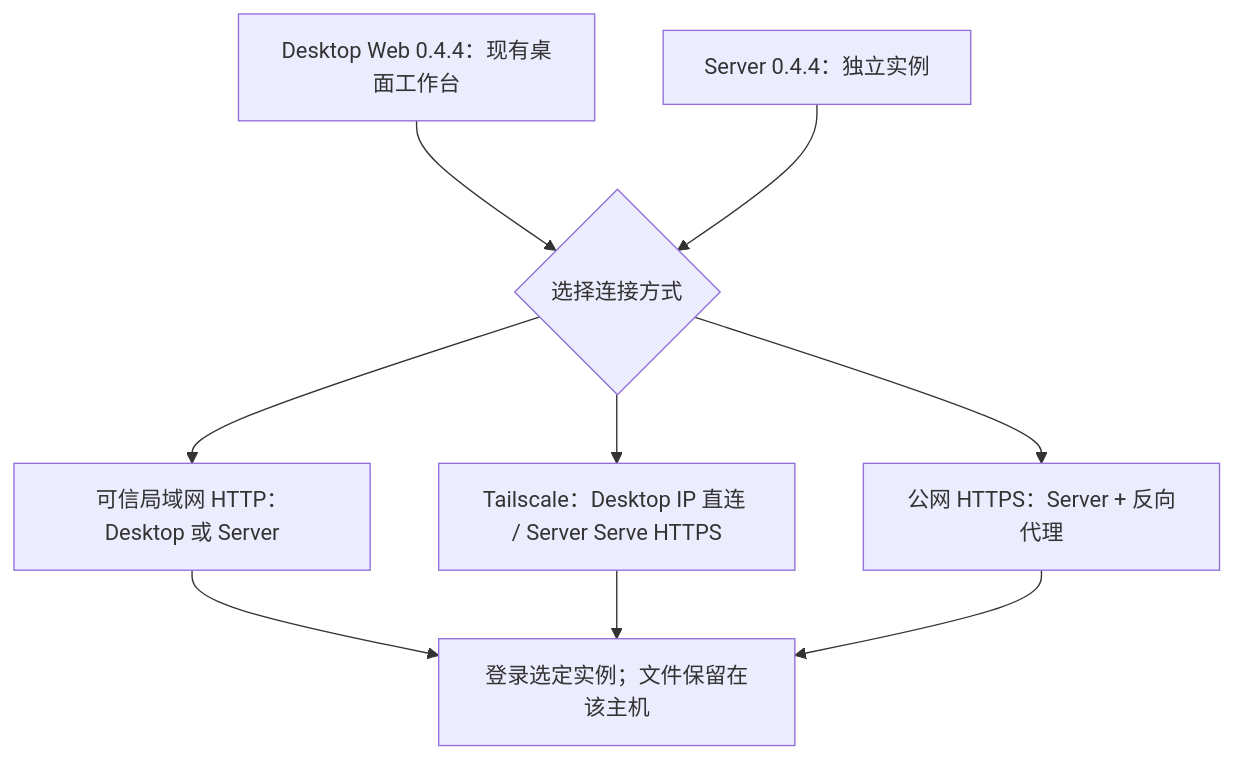
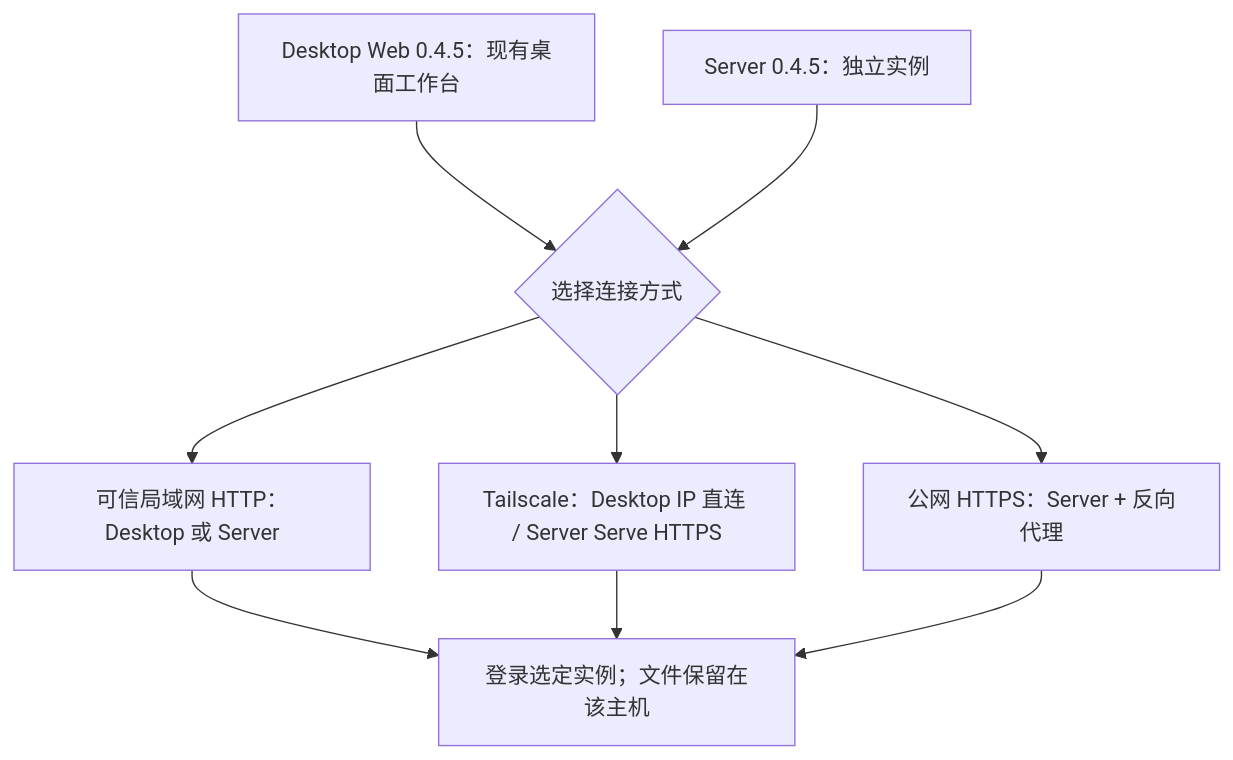
Before and after one commit to 1443205008/rovai-ai: the diagram in website/site/public/assets/diagrams/deployment-choice-zh.mmd, drawn with Mermaid. The commit also changed 11 other files, not shown here.

```diff
--- a/website/site/public/assets/diagrams/deployment-choice-zh.mmd
+++ b/website/site/public/assets/diagrams/deployment-choice-zh.mmd
@@ -1,12 +1,12 @@
 flowchart TB
-  desktop["Desktop Web 0.4.4：现有桌面工作台"]
-  server["Server 0.4.4：独立实例"]
+  desktop["Desktop Web 0.4.5：现有桌面工作台"]
+  server["Server 0.4.5：独立实例"]
   choice{"选择连接方式"}
   desktop --> choice
   server --> choice
   choice --> lan["可信局域网 HTTP：Desktop 或 Server"]
   choice --> ts["Tailscale：Desktop IP 直连 / Server Serve HTTPS"]
   choice --> public["公网 HTTPS：Server + 反向代理"]
   lan --> login["登录选定实例；文件保留在该主机"]
   ts --> login
   public --> login
```
